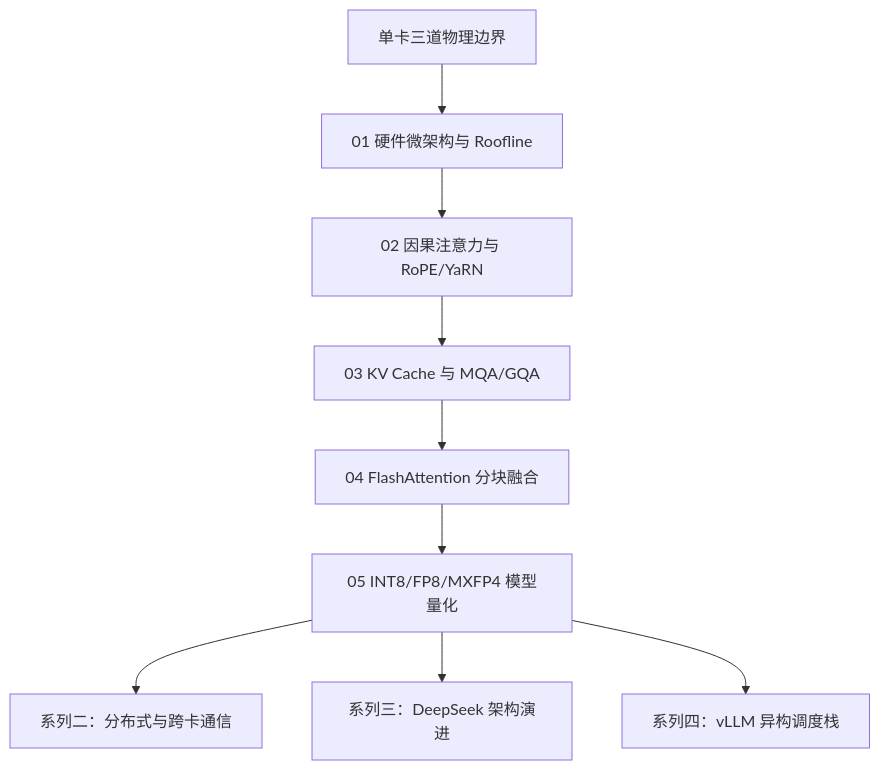
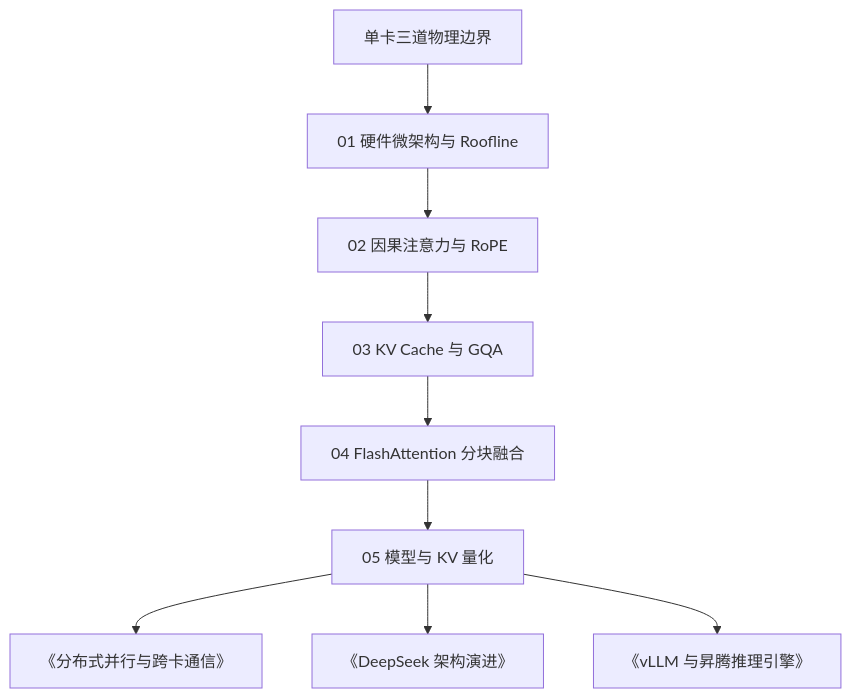
One commit to xingcanlee/infra-note changed the diagram in src/content/posts/foundations/index.mdx. Above: the diagram before and after it, drawn with Mermaid. The commit also changed other lines of this file and 22 other files, not shown here.

````diff
--- a/src/content/posts/foundations/index.mdx
+++ b/src/content/posts/foundations/index.mdx
@@ -16,11 +16,11 @@
 ```mermaid caption="图 1：推理与异构硬件基础五章演进路线"
 flowchart TD
     S["单卡三道物理边界"] --> C1["01 硬件微架构与 Roofline"]
-    C1 --> C2["02 因果注意力与 RoPE/YaRN"]
-    C2 --> C3["03 KV Cache 与 MQA/GQA"]
+    C1 --> C2["02 因果注意力与 RoPE"]
+    C2 --> C3["03 KV Cache 与 GQA"]
     C3 --> C4["04 FlashAttention 分块融合"]
-    C4 --> C5["05 INT8/FP8/MXFP4 模型量化"]
-    C5 --> D["系列二：分布式与跨卡通信"]
-    C5 --> DS["系列三：DeepSeek 架构演进"]
-    C5 --> V["系列四：vLLM 异构调度栈"]
+    C4 --> C5["05 模型与 KV 量化"]
+    C5 --> D["《分布式并行与跨卡通信》"]
+    C5 --> DS["《DeepSeek 架构演进》"]
+    C5 --> V["《vLLM 与昇腾推理引擎》"]
 ```
````
